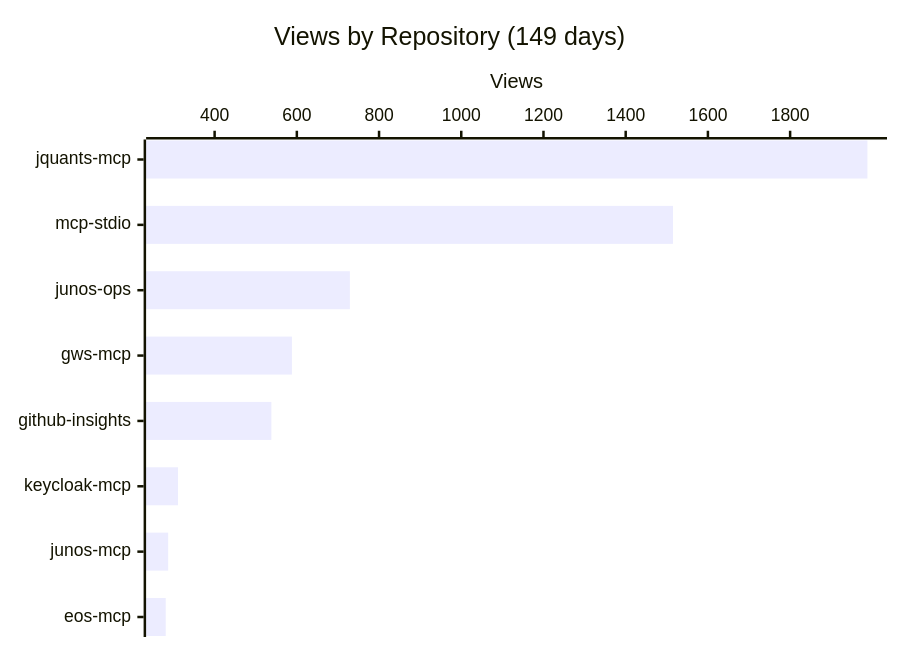
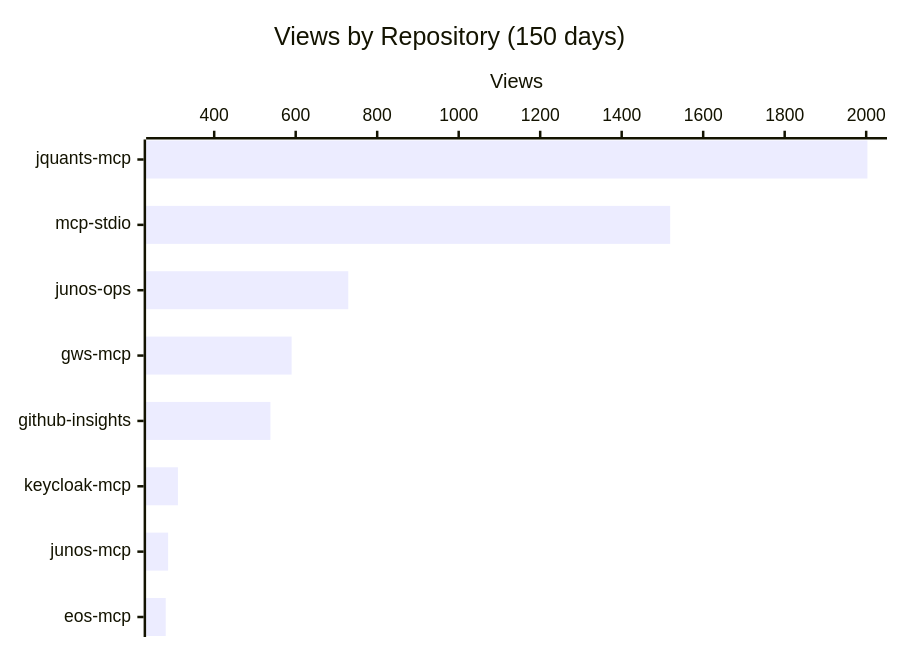
The first of 4 diagrams in README.md (shigechika/github-insights), drawn with Mermaid before and after one commit. The commit also changed other lines of this file and 2 other files, not shown here.

````diff
--- a/README.md
+++ b/README.md
@@ -18,7 +18,7 @@
 ```mermaid
 xychart-beta horizontal
-    title "Views by Repository (149 days)"
+    title "Views by Repository (150 days)"
     x-axis ["jquants-mcp", "mcp-stdio", "junos-ops", "gws-mcp", "github-insights", "keycloak-mcp", "junos-mcp", "eos-mcp"]
     y-axis "Views"
-    bar [1988, 1515, 729, 588, 538, 311, 287, 281]
+    bar [2003, 1519, 729, 590, 538, 311, 287, 281]
 ```
````
